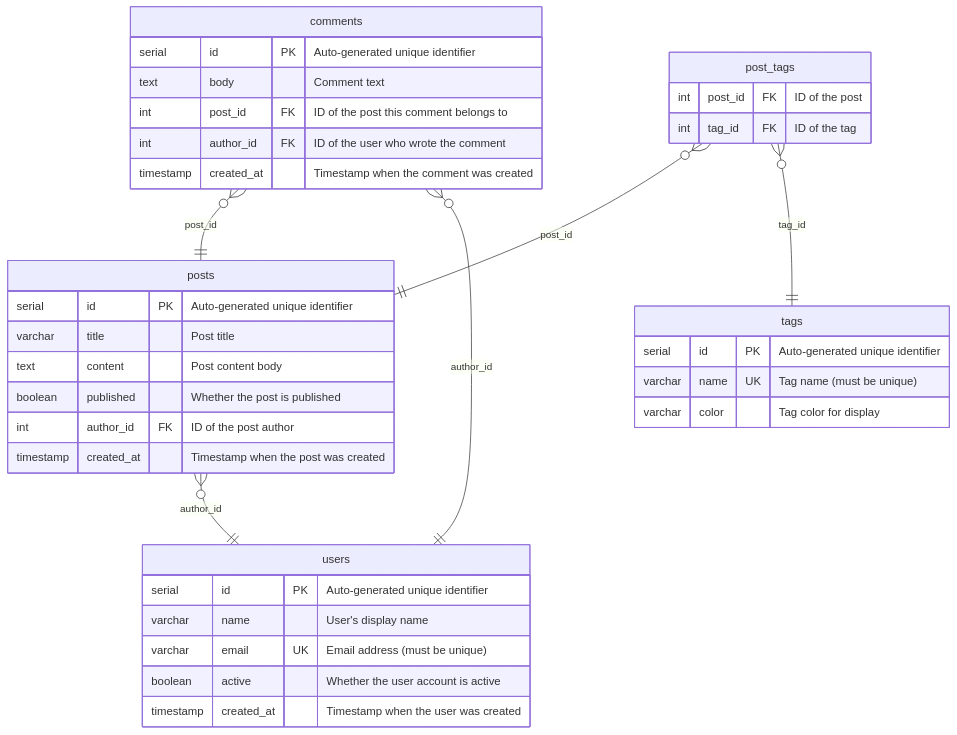
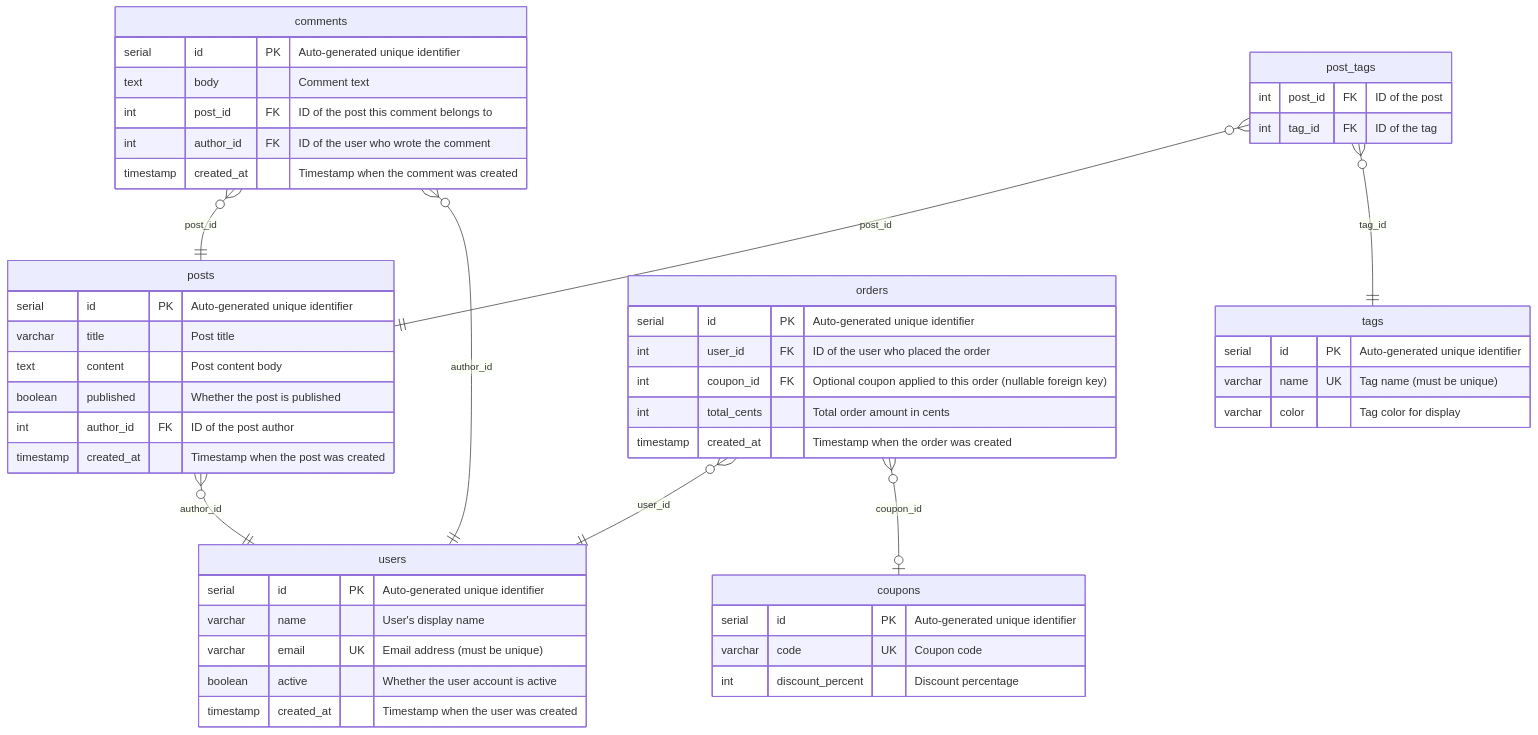
The diagram in examples/mysql/v1/markdown/README.md (rikeda71/drizzle-docs-generator), drawn with Mermaid before and after one commit. The commit also changed other lines of this file and 42 other files, not shown here.

First line of the commit message:
Support nullable foreign keys in Mermaid ER diagram relations (#119)

````diff
--- a/examples/mysql/v1/markdown/README.md
+++ b/examples/mysql/v1/markdown/README.md
@@ -15,40 +17,54 @@
 ```mermaid
 erDiagram
     posts }o--|| users : "author_id"
     comments }o--|| posts : "post_id"
     comments }o--|| users : "author_id"
     post_tags }o--|| posts : "post_id"
     post_tags }o--|| tags : "tag_id"
+    orders }o--|| users : "user_id"
+    orders }o--o| coupons : "coupon_id"
 
     comments {
         serial id PK "Auto-generated unique identifier"
         text body "Comment text"
         int post_id FK "ID of the post this comment belongs to"
         int author_id FK "ID of the user who wrote the comment"
         timestamp created_at "Timestamp when the comment was created"
+    }
+    coupons {
+        serial id PK "Auto-generated unique identifier"
+        varchar code UK "Coupon code"
+        int discount_percent "Discount percentage"
+    }
+    orders {
+        serial id PK "Auto-generated unique identifier"
+        int user_id FK "ID of the user who placed the order"
+        int coupon_id FK "Optional coupon applied to this order (nullable foreign key)"
+        int total_cents "Total order amount in cents"
+        timestamp created_at "Timestamp when the order was created"
     }
     post_tags {
         int post_id FK "ID of the post"
         int tag_id FK "ID of the tag"
     }
     posts {
         serial id PK "Auto-generated unique identifier"
         varchar title "Post title"
         text content "Post content body"
         boolean published "Whether the post is published"
         int author_id FK "ID of the post author"
         timestamp created_at "Timestamp when the post was created"
     }
     tags {
         serial id PK "Auto-generated unique identifier"
         varchar name UK "Tag name (must be unique)"
         varchar color "Tag color for display"
     }
     users {
         serial id PK "Auto-generated unique identifier"
         varchar name "User's display name"
         varchar email UK "Email address (must be unique)"
         boolean active "Whether the user account is active"
         timestamp created_at "Timestamp when the user was created"
     }
 ```
````
